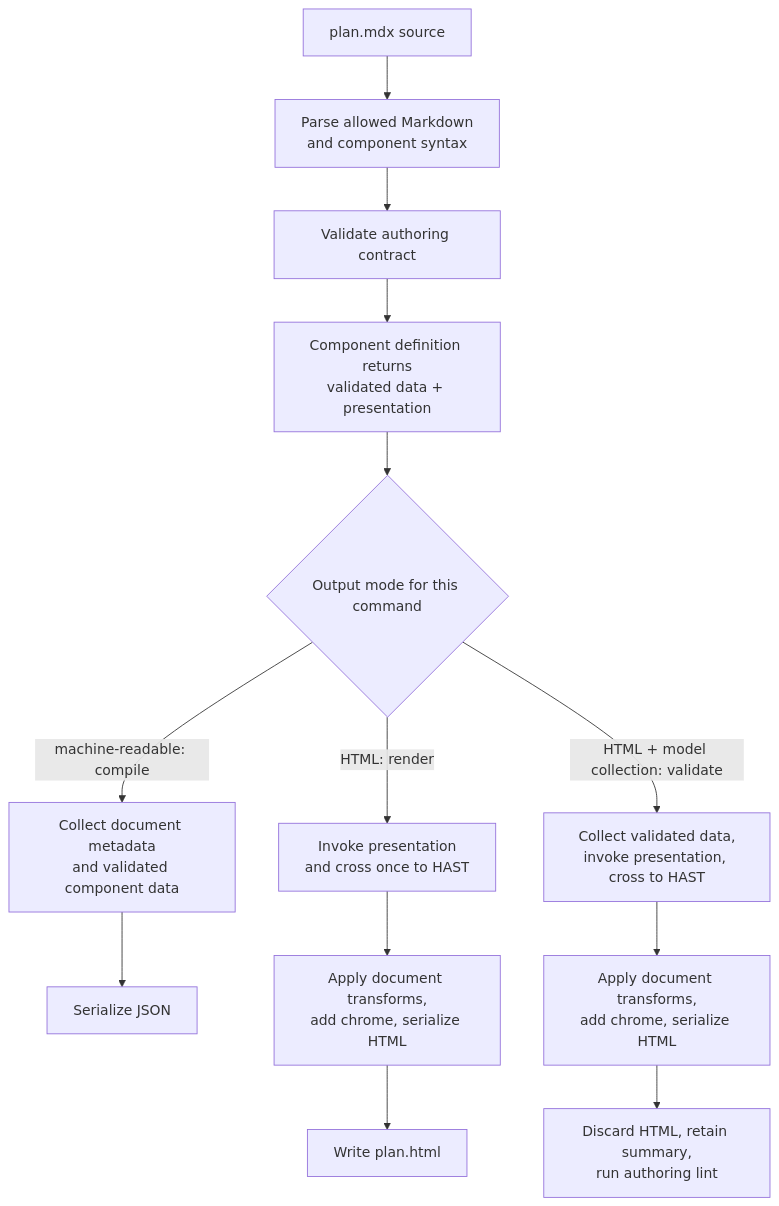
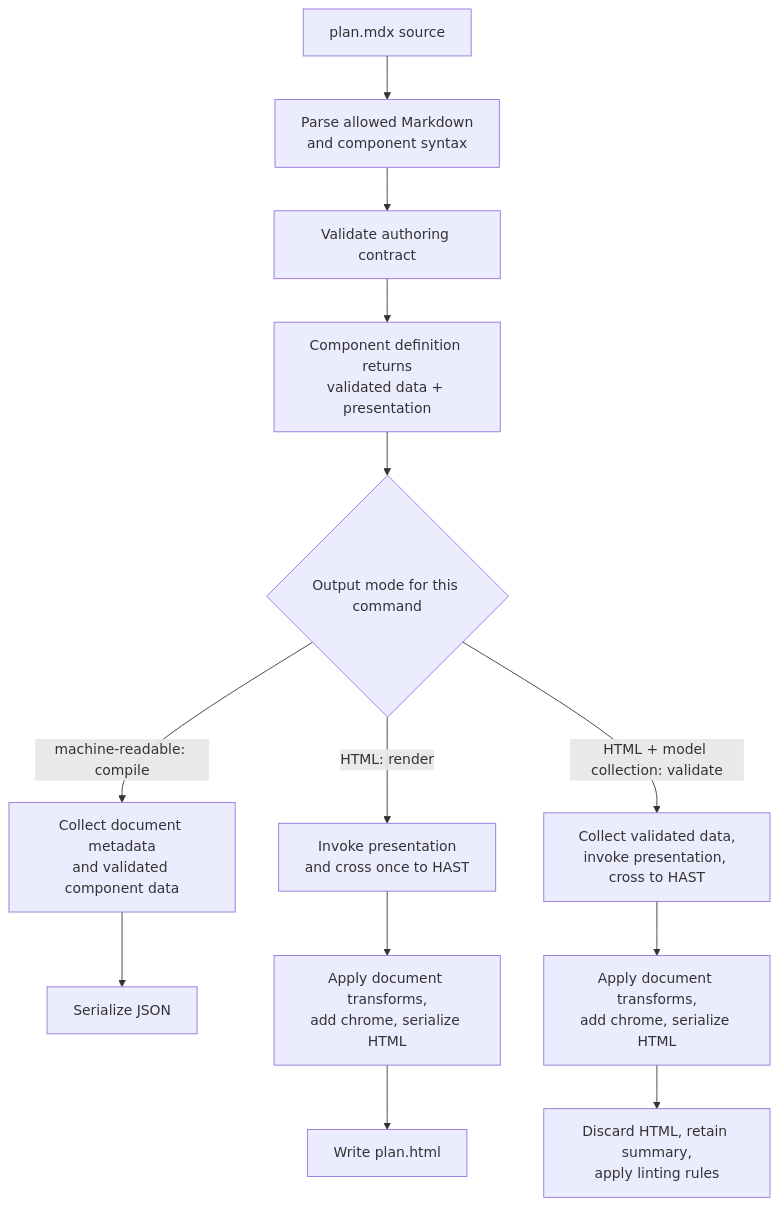
The second of 2 diagrams in docs/src/content/docs/architecture.md (josh-padnick/big-plan), drawn with Mermaid before and after one commit. The commit also changed other lines of this file and 4 other files, not shown here.

````diff
--- a/docs/src/content/docs/architecture.md
+++ b/docs/src/content/docs/architecture.md
@@ -64,15 +64,15 @@
 ```mermaid
 flowchart TB
   S["plan.mdx source"] --> P["Parse allowed Markdown<br/>and component syntax"]
   P --> V["Validate authoring contract"]
   V --> C["Component definition returns<br/>validated data + presentation"]
   C --> Q{"Output mode for this command"}
   Q -- "machine-readable: compile" --> J["Collect document metadata<br/>and validated component data"]
   J --> O["Serialize JSON"]
   Q -- "HTML: render" --> R["Invoke presentation<br/>and cross once to HAST"]
   R --> H["Apply document transforms,<br/>add chrome, serialize HTML"]
   H --> U["Write plan.html"]
   Q -- "HTML + model collection: validate" --> X["Collect validated data,<br/>invoke presentation, cross to HAST"]
   X --> Y["Apply document transforms,<br/>add chrome, serialize HTML"]
-  Y --> W["Discard HTML, retain summary,<br/>run authoring lint"]
+  Y --> W["Discard HTML, retain summary,<br/>apply linting rules"]
 ```
````
